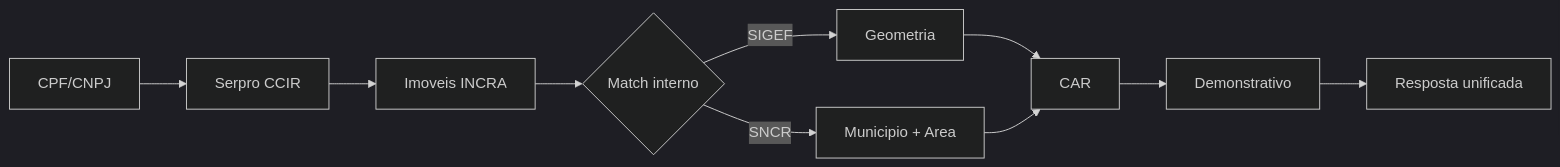
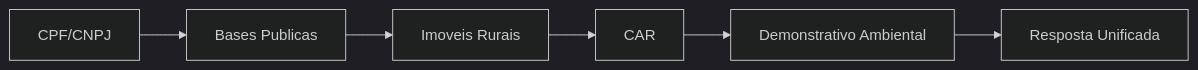
One commit to dadosfazenda/docs changed the diagram in index.mdx. Above: the diagram before and after it, drawn with Mermaid (dark theme). The commit also changed other lines of this file and 1 other file, not shown here.

First line of the commit message:
docs: remove internal flow details and rename path param to cpf_cnpj

````diff
--- a/index.mdx
+++ b/index.mdx
@@ -35,12 +34,8 @@
 ```mermaid
 flowchart LR
-    A[CPF/CNPJ] --> B[Serpro CCIR]
-    B --> C[Imoveis INCRA]
-    C --> D{Match interno}
-    D -->|SIGEF| E[Geometria]
-    D -->|SNCR| F[Municipio + Area]
-    E --> G[CAR]
-    F --> G
-    G --> H[Demonstrativo]
-    H --> I[Resposta unificada]
+    A[CPF/CNPJ] --> B[Bases Publicas]
+    B --> C[Imoveis Rurais]
+    C --> D[CAR]
+    D --> E[Demonstrativo Ambiental]
+    E --> F[Resposta Unificada]
 ```
````
